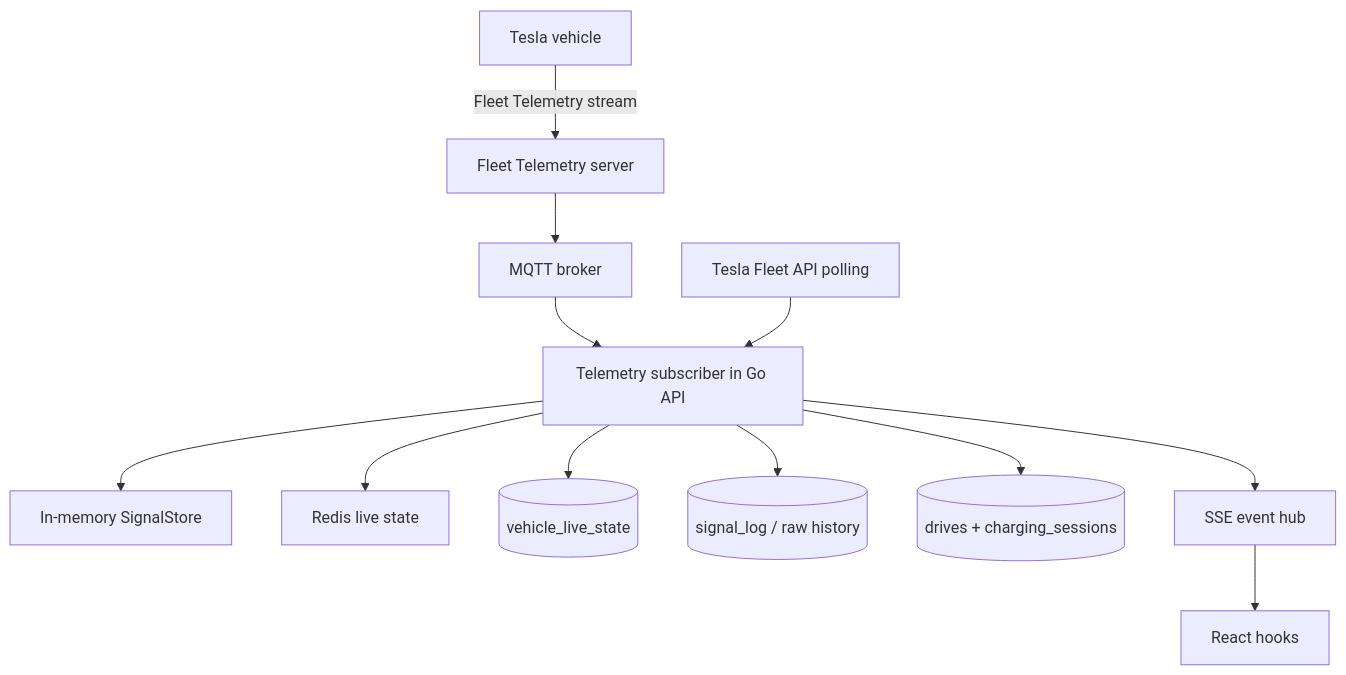
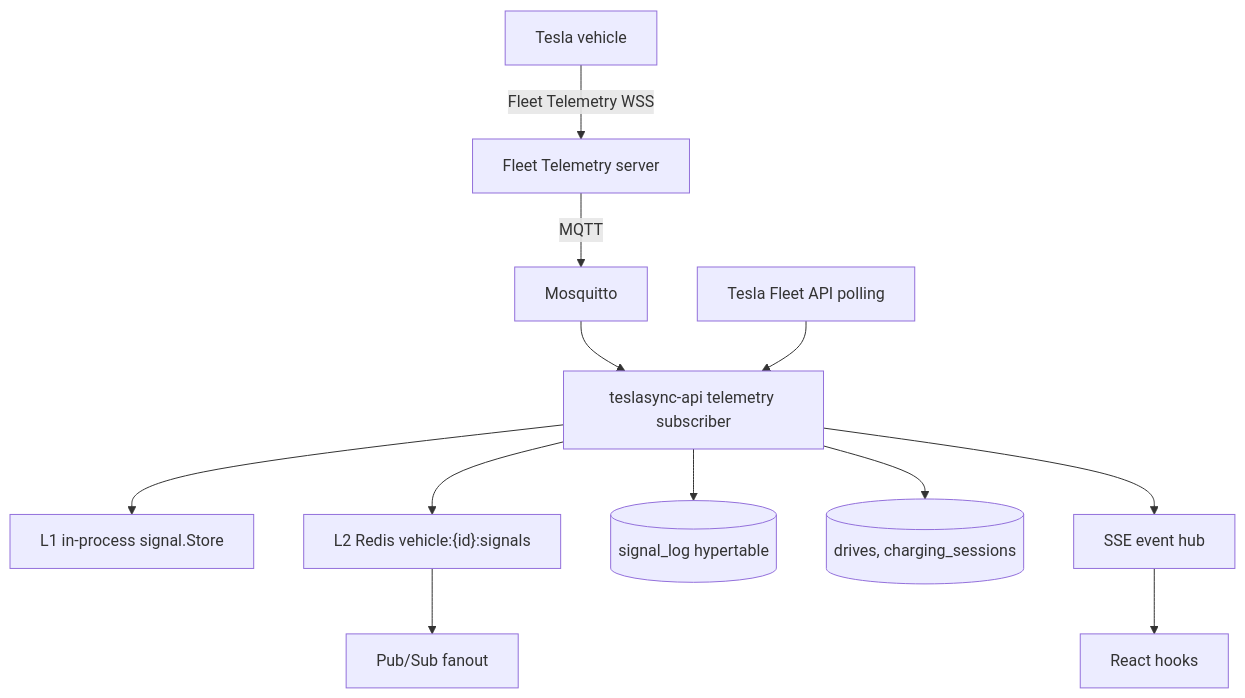
Before and after one commit to ev-dev-labs/teslasync: the second of 6 diagrams in docs/guide/architecture.md, drawn with Mermaid. The commit also changed other lines of this file and 56 other files, not shown here.

````diff
--- a/docs/guide/architecture.md
+++ b/docs/guide/architecture.md
@@ -22,14 +38,14 @@
 ```mermaid
 graph TB
-    TeslaVehicle[Tesla vehicle] -->|Fleet Telemetry stream| FleetTelemetry[Fleet Telemetry server]
-    FleetTelemetry --> MQTT[MQTT broker]
-    MQTT --> API[Telemetry subscriber in Go API]
+    TeslaVehicle[Tesla vehicle] -->|Fleet Telemetry WSS| FleetTelemetry[Fleet Telemetry server]
+    FleetTelemetry -->|MQTT| Broker[Mosquitto]
+    Broker --> API[teslasync-api telemetry subscriber]
     TeslaAPI[Tesla Fleet API polling] --> API
-    API --> SignalStore[In-memory SignalStore]
-    API --> Redis[Redis live state]
-    API --> LiveState[(vehicle_live_state)]
-    API --> SignalLog[(signal_log / raw history)]
-    API --> Sessions[(drives + charging_sessions)]
+    API --> SignalStore[L1 in-process signal.Store]
+    API --> Redis["L2 Redis vehicle:{id}:signals"]
+    Redis --> Pubsub[Pub/Sub fanout]
+    API --> SignalLog[(signal_log hypertable)]
+    API --> Sessions[(drives, charging_sessions)]
     API --> SSE[SSE event hub]
     SSE --> Browser[React hooks]
 ```
````
